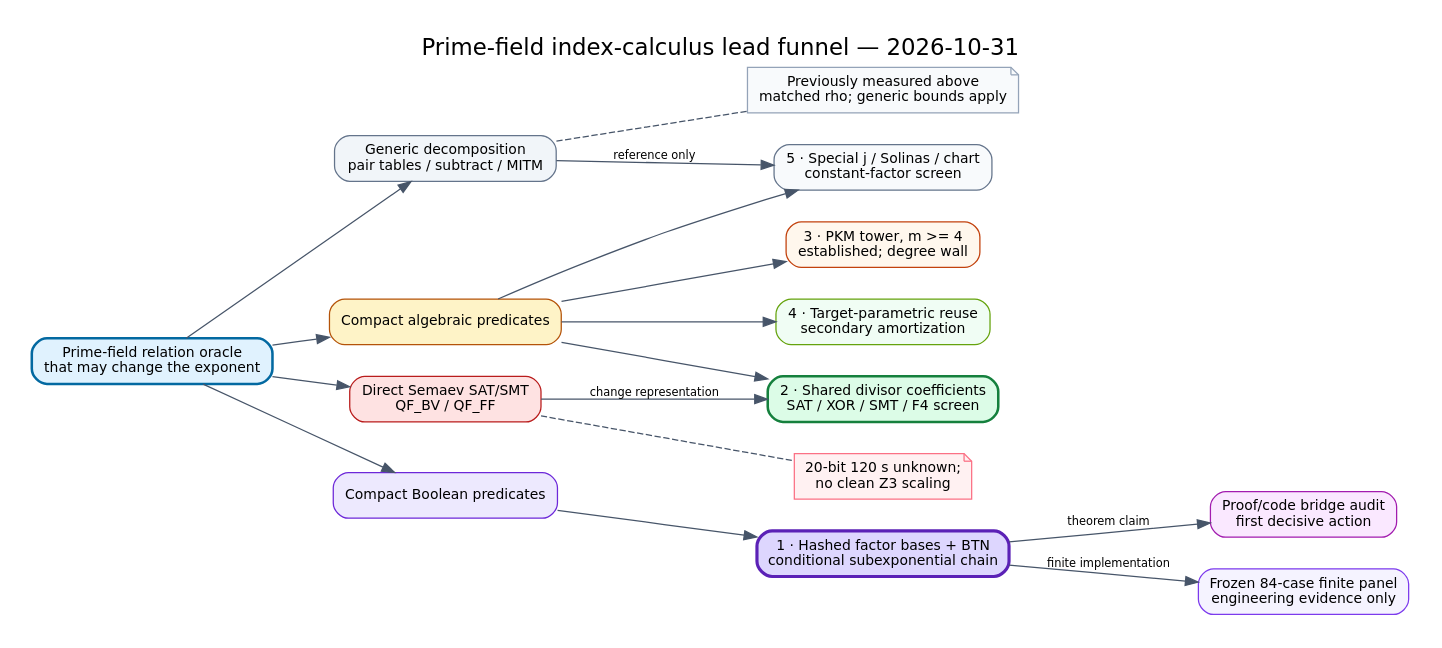
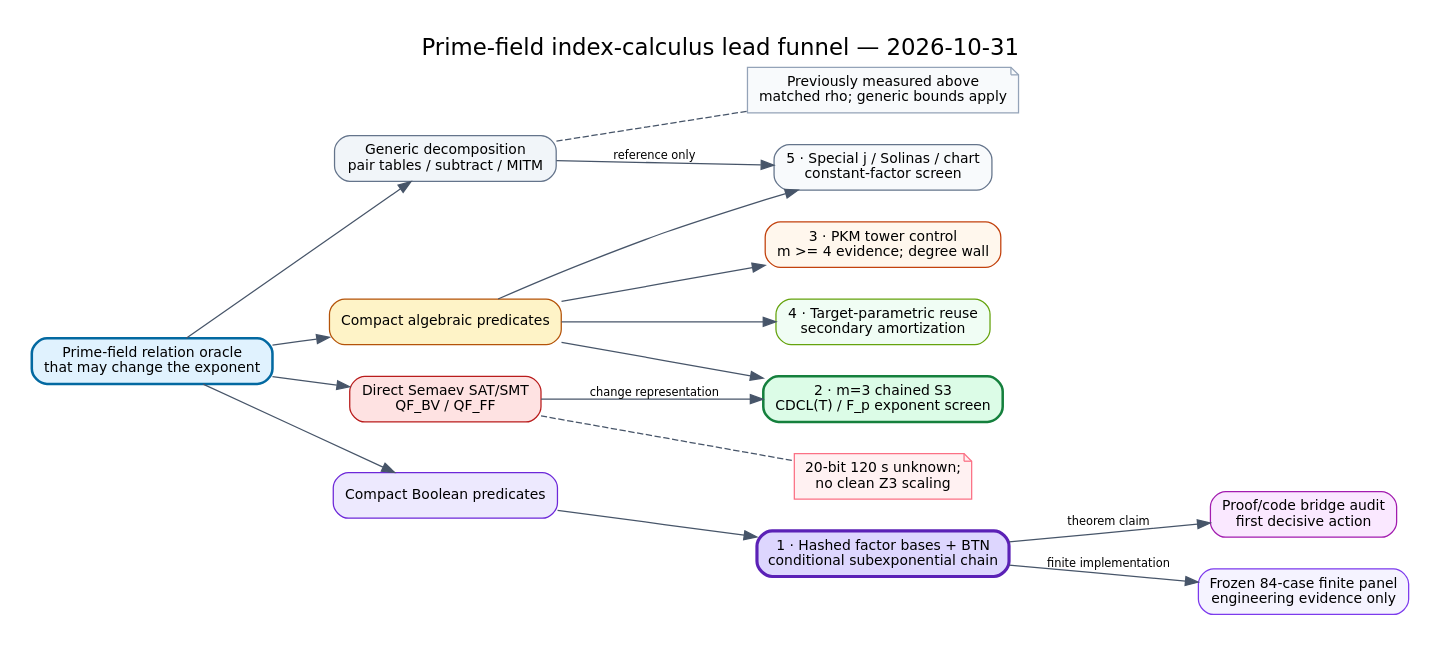
The diagram in research/prime_ic_lead_review_20261031/figures/lead-funnel.dot (isogeny-labs/crypto), drawn with Graphviz before and after one commit. The commit also changed 16 other files, not shown here.

```diff
--- a/research/prime_ic_lead_review_20261031/figures/lead-funnel.dot
+++ b/research/prime_ic_lead_review_20261031/figures/lead-funnel.dot
@@ -1,52 +1,52 @@
 digraph PrimeICLeadFunnel {
   graph [
     rankdir=LR,
     bgcolor="white",
     fontname="DejaVu Sans",
     fontsize=18,
     label="Prime-field index-calculus lead funnel — 2026-10-31",
     labelloc=t,
     pad=0.25,
     nodesep=0.35,
     ranksep=0.6
   ];
   node [shape=box, style="rounded,filled", fontname="DejaVu Sans", fontsize=11, margin="0.12,0.08"];
   edge [fontname="DejaVu Sans", fontsize=9, color="#475569"];
 
   question [label="Prime-field relation oracle\nthat may change the exponent", fillcolor="#e0f2fe", color="#0369a1", penwidth=2];
 
   generic [label="Generic decomposition\npair tables / subtract / MITM", fillcolor="#f1f5f9", color="#64748b"];
   direct [label="Direct Semaev SAT/SMT\nQF_BV / QF_FF", fillcolor="#fee2e2", color="#b91c1c"];
   algebraic [label="Compact algebraic predicates", fillcolor="#fef3c7", color="#b45309"];
   boolean [label="Compact Boolean predicates", fillcolor="#ede9fe", color="#6d28d9"];
 
-  pkm [label="3 · PKM tower, m >= 4\nestablished; degree wall", fillcolor="#fff7ed", color="#c2410c"];
-  shared [label="2 · Shared divisor coefficients\nSAT / XOR / SMT / F4 screen", fillcolor="#dcfce7", color="#15803d", penwidth=2];
+  pkm [label="3 · PKM tower control\nm >= 4 evidence; degree wall", fillcolor="#fff7ed", color="#c2410c"];
+  shared [label="2 · m=3 chained S3\nCDCL(T) / F_p exponent screen", fillcolor="#dcfce7", color="#15803d", penwidth=2];
   reuse [label="4 · Target-parametric reuse\nsecondary amortization", fillcolor="#f0fdf4", color="#65a30d"];
   special [label="5 · Special j / Solinas / chart\nconstant-factor screen", fillcolor="#f8fafc", color="#64748b"];
 
   btn [label="1 · Hashed factor bases + BTN\nconditional subexponential chain", fillcolor="#ddd6fe", color="#5b21b6", penwidth=2.5];
   proof [label="Proof/code bridge audit\nfirst decisive action", fillcolor="#fae8ff", color="#a21caf"];
   panel [label="Frozen 84-case finite panel\nengineering evidence only", fillcolor="#f5f3ff", color="#7c3aed"];
 
   question -> generic;
   question -> direct;
   question -> algebraic;
   question -> boolean;
 
   generic -> special [label="reference only"];
   direct -> shared [label="change representation"];
   algebraic -> pkm;
   algebraic -> shared;
   algebraic -> reuse;
   algebraic -> special;
   boolean -> btn;
 
   btn -> proof [label="theorem claim"];
   btn -> panel [label="finite implementation"];
 
   generic_note [shape=note, label="Previously measured above\nmatched rho; generic bounds apply", fillcolor="#f8fafc", color="#94a3b8"];
   direct_note [shape=note, label="20-bit 120 s unknown;\nno clean Z3 scaling", fillcolor="#fff1f2", color="#fb7185"];
   generic -> generic_note [style=dashed, arrowhead=none];
   direct -> direct_note [style=dashed, arrowhead=none];
 }
```
